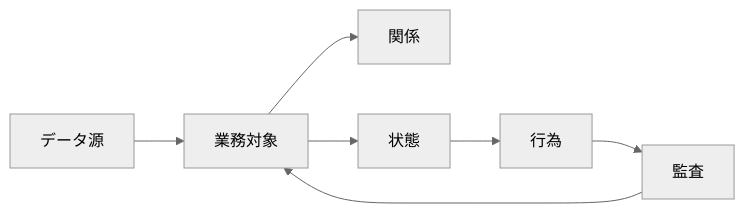
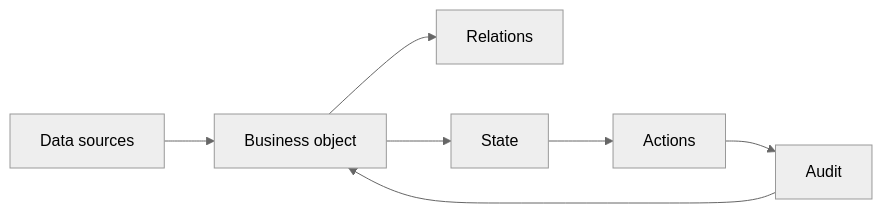
The fifth of 8 diagrams in content/blog/en/ontology-concept.mdx (daylight55/research), drawn with Mermaid (neutral theme) before and after one commit. The commit also changed other lines of this file and 26 other files, not shown here.

Commit message:
Translate English Mermaid labels

````diff
--- a/content/blog/en/ontology-concept.mdx
+++ b/content/blog/en/ontology-concept.mdx
@@ -198,9 +198,9 @@
 ```mermaid
 flowchart LR
-  Data["データ源"] --> Obj["業務対象"]
-  Obj --> Links["関係"]
-  Obj --> State["状態"]
-  State --> Act["行為"]
-  Act --> Audit["監査"]
+  Data["Data sources"] --> Obj["Business object"]
+  Obj --> Links["Relations"]
+  Obj --> State["State"]
+  State --> Act["Actions"]
+  Act --> Audit["Audit"]
   Audit --> Obj
 ```
````
